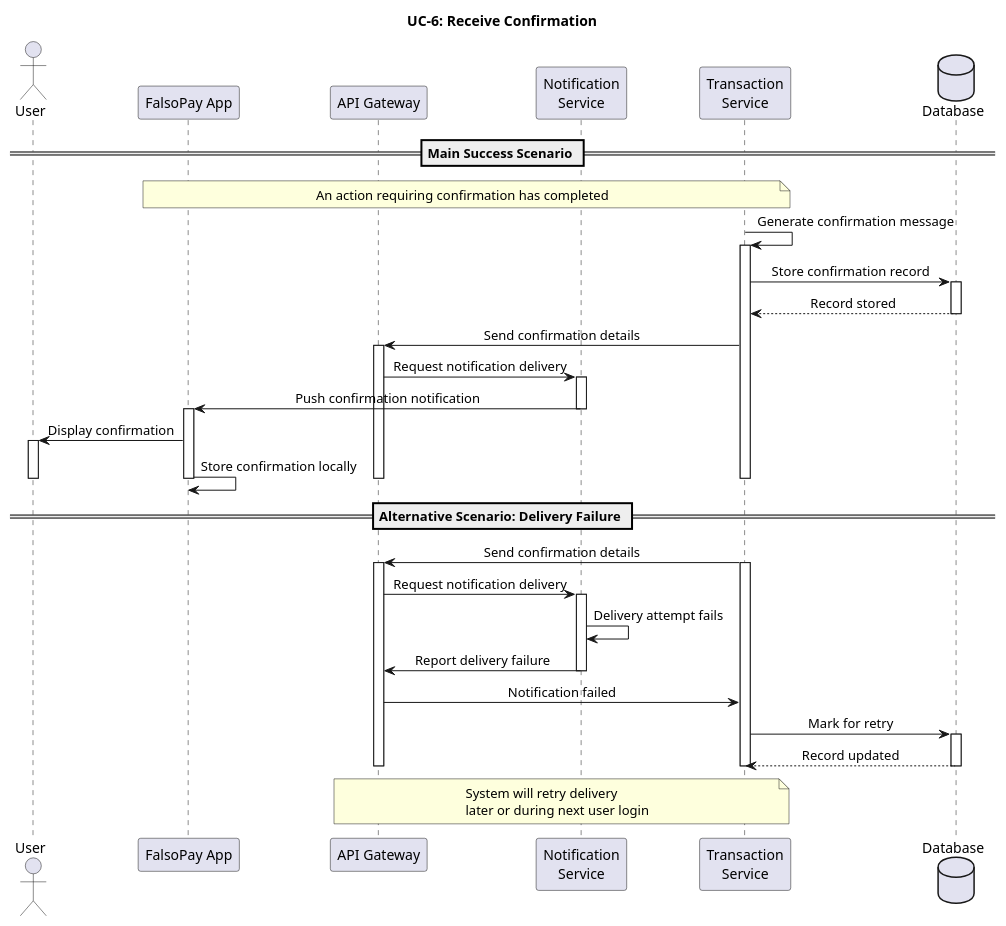
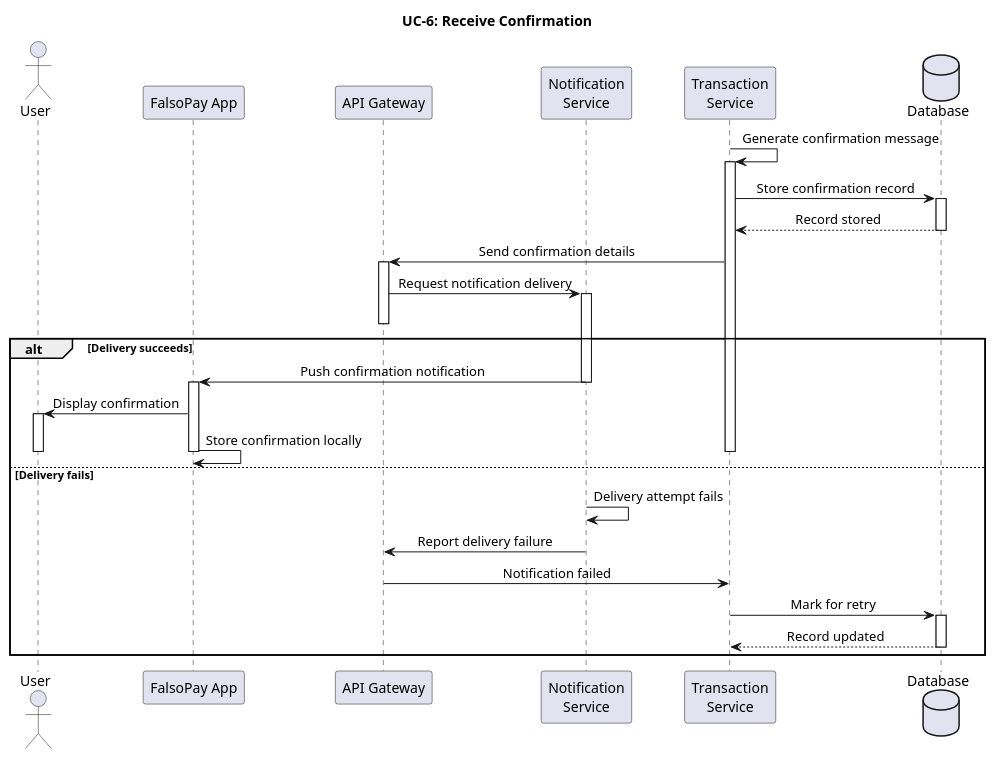
The diagram in docs/design/sequence-diagrams/UC6-ReceiveConfirmation.puml (Adhamzineldin/Falsopay), drawn with PlantUML before and after one commit. The commit also changed 4 other files, not shown here.

Commit message:
modify first 6 sequence diagrams

```diff
--- a/docs/design/sequence-diagrams/UC6-ReceiveConfirmation.puml
+++ b/docs/design/sequence-diagrams/UC6-ReceiveConfirmation.puml
@@ -1,60 +1,59 @@
 @startuml UC6-ReceiveConfirmation 
 
 skinparam sequenceMessageAlign center
 skinparam backgroundColor white
 skinparam handwritten false
 
 title "UC-6: Receive Confirmation"
 
 actor "User" as user
 participant "FalsoPay App" as app
 participant "API Gateway" as gateway
 participant "Notification\nService" as notifService
 participant "Transaction\nService" as txnService
 database "Database" as db
 
-== Main Success Scenario ==
-
-note over app, txnService: An action requiring confirmation has completed
-
 txnService -> txnService: Generate confirmation message
 activate txnService
+
 txnService -> db: Store confirmation record
 activate db
 db --> txnService: Record stored
 deactivate db
-txnService -> gateway: Send confirmation details
-activate gateway
-gateway -> notifService: Request notification delivery
-activate notifService
-notifService -> app: Push confirmation notification
-deactivate notifService
-activate app
-app -> user: Display confirmation
-activate user
-app -> app: Store confirmation locally
-deactivate user
-deactivate app
-deactivate gateway
-deactivate txnService
-
-== Alternative Scenario: Delivery Failure ==
 
 txnService -> gateway: Send confirmation details
 activate gateway
-activate txnService
+
 gateway -> notifService: Request notification delivery
 activate notifService
-notifService -> notifService: Delivery attempt fails
-notifService -> gateway: Report delivery failure
-deactivate notifService
-gateway -> txnService: Notification failed
-txnService -> db: Mark for retry
-activate db
-db --> txnService: Record updated
-deactivate db
 deactivate gateway
-deactivate txnService
-note over txnService, gateway: System will retry delivery \nlater or during next user login
+
+alt Delivery succeeds
+    notifService -> app: Push confirmation notification
+    deactivate notifService
+    activate app
+
+    app -> user: Display confirmation
+    activate user
+    app -> app: Store confirmation locally
+    deactivate user
+    deactivate app
+    deactivate gateway
+    deactivate txnService
+
+else Delivery fails
+    notifService -> notifService: Delivery attempt fails
+    notifService -> gateway: Report delivery failure
+    deactivate notifService
+
+    gateway -> txnService: Notification failed
+    txnService -> db: Mark for retry
+    activate db
+    db --> txnService: Record updated
+    deactivate db
+    deactivate gateway
+    deactivate txnService
+
+end
 
 @enduml
```
